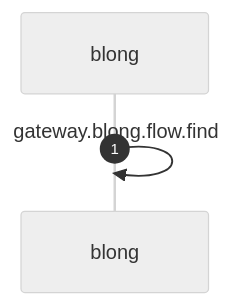
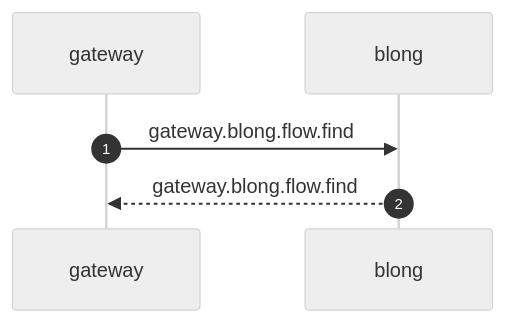
The diagram in core/blong-realm/docs/observedFlows.md (feasibleone/blong), drawn with Mermaid (neutral theme) before and after one commit. The commit also changed 50 other files, not shown here.

Commit message:
fix: decouple sequence diagrams from services

````diff
--- a/core/blong-realm/docs/observedFlows.md
+++ b/core/blong-realm/docs/observedFlows.md
@@ -3,6 +3,8 @@
 ```mermaid
 sequenceDiagram
     autonumber
+    participant gateway
     participant blong
-    blong->>blong: gateway.blong.flow.find
+    gateway->>blong: gateway.blong.flow.find
+    blong-->>gateway: gateway.blong.flow.find
 ```
````
